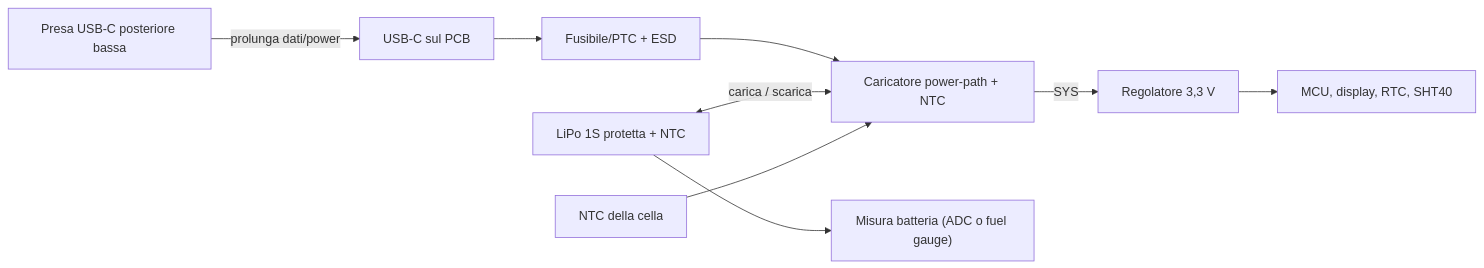
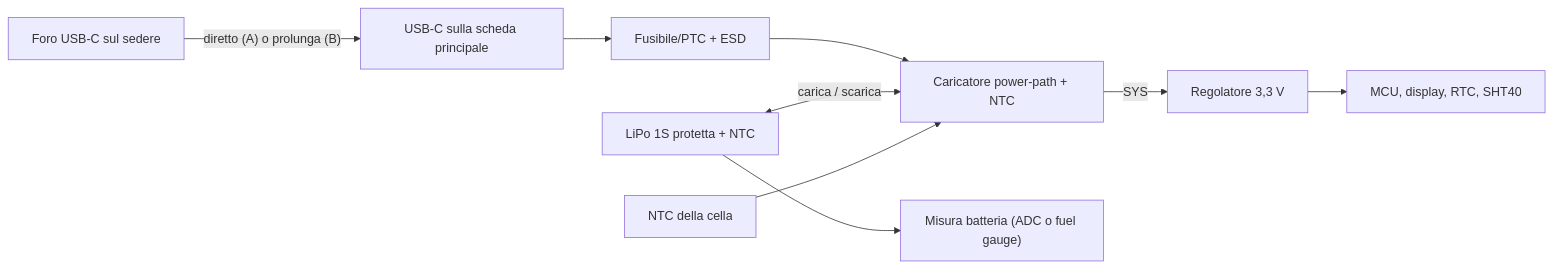
One commit to seba379/PoliClock changed the diagram in docs/03-alimentazione-ricarica.md. Above: the diagram before and after it, drawn with Mermaid. The commit also changed other lines of this file and 13 other files, not shown here.

````diff
--- a/docs/03-alimentazione-ricarica.md
+++ b/docs/03-alimentazione-ricarica.md
@@ -17,11 +17,11 @@
 ```mermaid
 flowchart LR
-    USB["Presa USB-C posteriore bassa"] -->|"prolunga dati/power"| IN["USB-C sul PCB"]
+    USB["Foro USB-C sul sedere"] -->|"diretto (A) o prolunga (B)"| IN["USB-C sulla scheda principale"]
     IN --> PROT["Fusibile/PTC + ESD"]
     PROT --> CHG["Caricatore power-path + NTC"]
     CELL["LiPo 1S protetta + NTC"] <-->|"carica / scarica"| CHG
     NTC["NTC della cella"] --> CHG
     CHG -->|"SYS"| REG["Regolatore 3,3 V"]
     REG --> LOADS["MCU, display, RTC, SHT40"]
     CELL --> MON["Misura batteria (ADC o fuel gauge)"]
 ```
````
